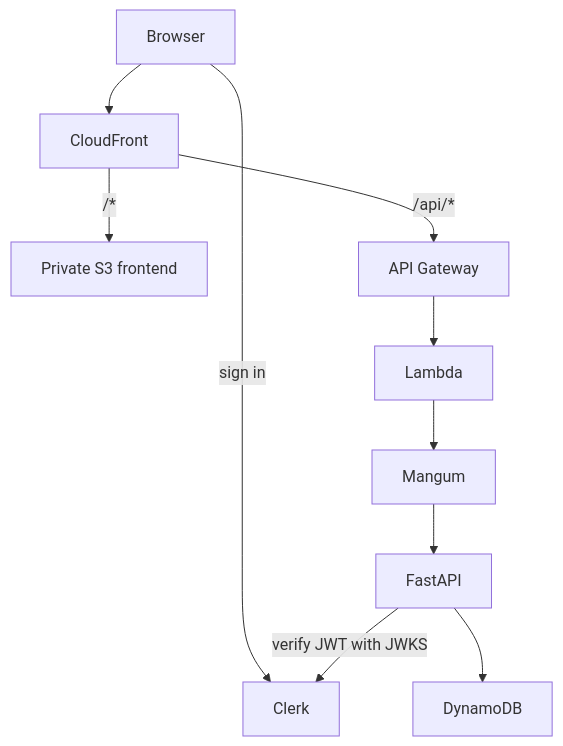
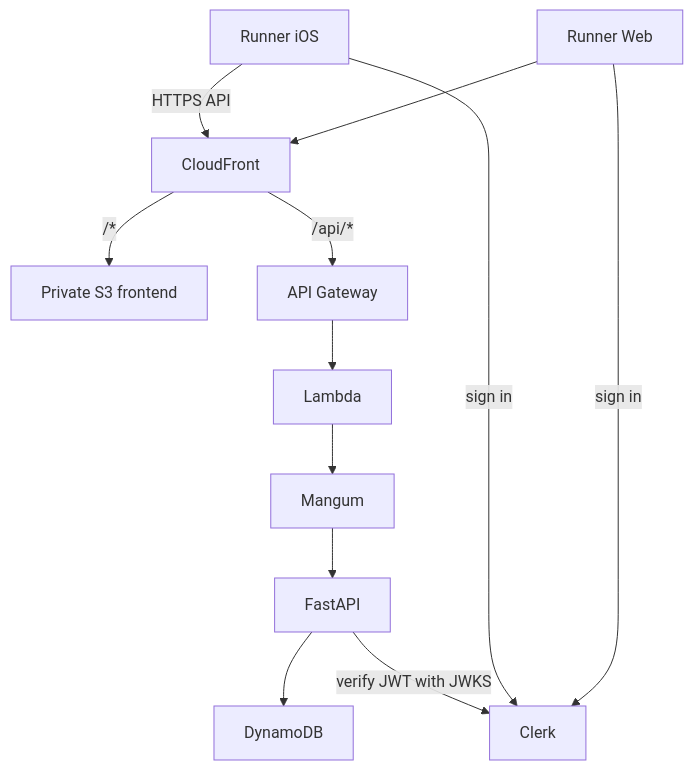
One commit to austinhogan11/CHSN-RUNNERS changed the diagram in README.md. Above: the diagram before and after it, drawn with Mermaid. The commit also changed other lines of this file and 2 other files, not shown here.

Commit message:
docs: document Runner V1.1 mobile support (#65)

````diff
--- a/README.md
+++ b/README.md
@@ -24,12 +27,14 @@
 ```mermaid
 flowchart TD
-    Browser -->|sign in| Clerk[Clerk]
+    Browser[Runner Web] -->|sign in| Clerk[Clerk]
+    iOS[Runner iOS] -->|sign in| Clerk
     Browser --> CloudFront
+    iOS -->|HTTPS API| CloudFront
     CloudFront -->|/*| S3[Private S3 frontend]
     CloudFront -->|/api/*| APIGateway[API Gateway]
     APIGateway --> Lambda
     Lambda --> Mangum
     Mangum --> FastAPI
     FastAPI --> DynamoDB
     FastAPI -->|verify JWT with JWKS| Clerk
 ```
````
